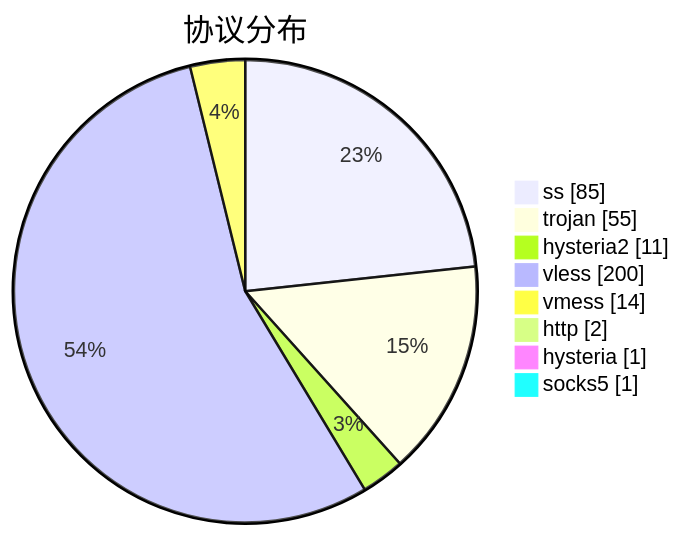
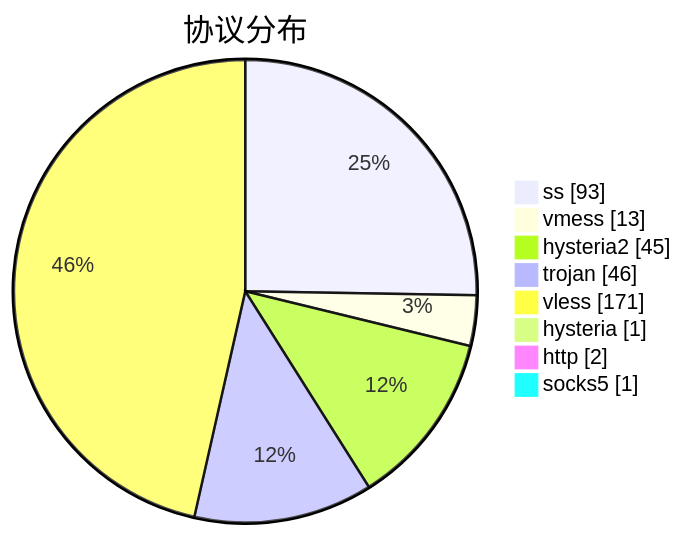
One commit to sinspired/airport changed the third of 3 diagrams in subs/statistics/tested_within.md. Above: the diagram before and after it, drawn with Mermaid. The commit also changed other lines of this file and 2 other files, not shown here.

````diff
--- a/subs/statistics/tested_within.md
+++ b/subs/statistics/tested_within.md
@@ -42,12 +47,12 @@
 ```mermaid
 pie showData
 title 协议分布
-"ss" : 85
-"trojan" : 55
-"hysteria2" : 11
-"vless" : 200
-"vmess" : 14
+"ss" : 93
+"vmess" : 13
+"hysteria2" : 45
+"trojan" : 46
+"vless" : 171
+"hysteria" : 1
 "http" : 2
-"hysteria" : 1
 "socks5" : 1
 ```
````
